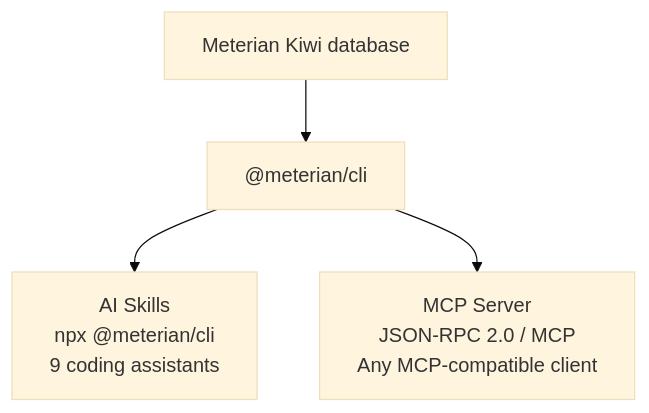
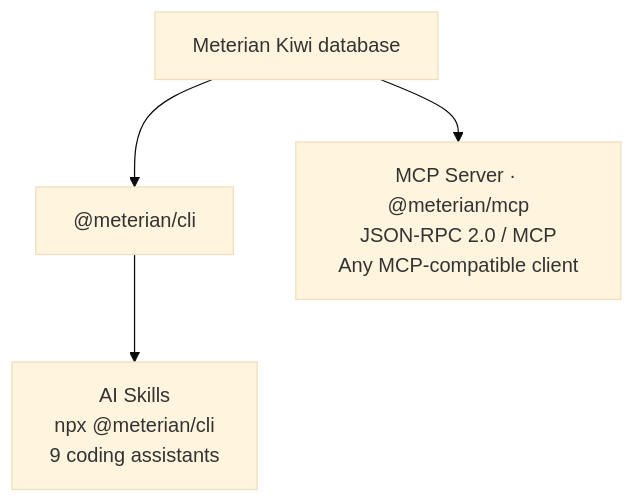
The diagram in docs/index.md (MeterianHQ/ai-skills), drawn with Mermaid (base theme) before and after one commit.

Commit message:
fix(homepage): correct architecture diagram relationships
- Kiwi Database feeds both CLI and MCP Server directly
- AI Skills depend on the CLI (not on Kiwi directly)
- MCP Server queries Kiwi independently of the CLI

````diff
--- a/docs/index.md
+++ b/docs/index.md
@@ -76,6 +76,6 @@
 ``` mermaid
 graph TD
     DB[Meterian Kiwi database] --> CLI["@meterian/cli"]
+    DB --> MCP["MCP Server · @meterian/mcp<br/>JSON-RPC 2.0 / MCP<br/>Any MCP-compatible client"]
     CLI --> AI["AI Skills<br/>npx @meterian/cli<br/>9 coding assistants"]
-    CLI --> MCP["MCP Server<br/>JSON-RPC 2.0 / MCP<br/>Any MCP-compatible client"]
 ```
````
